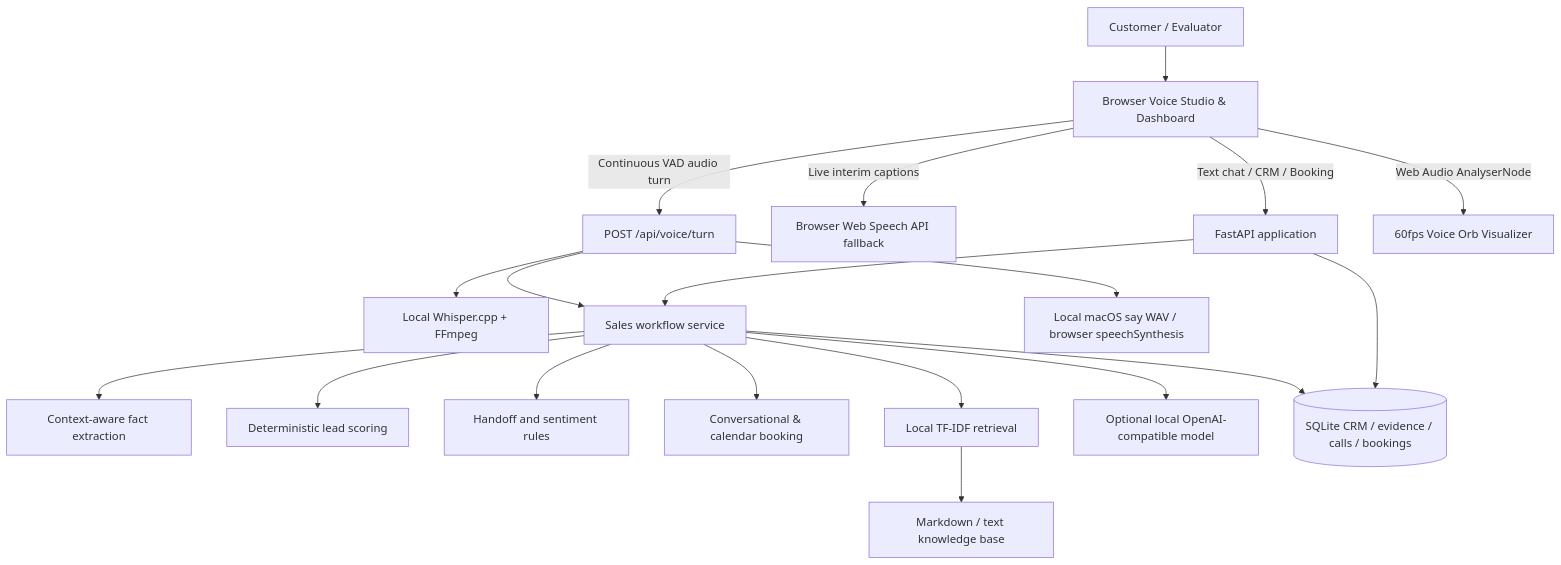
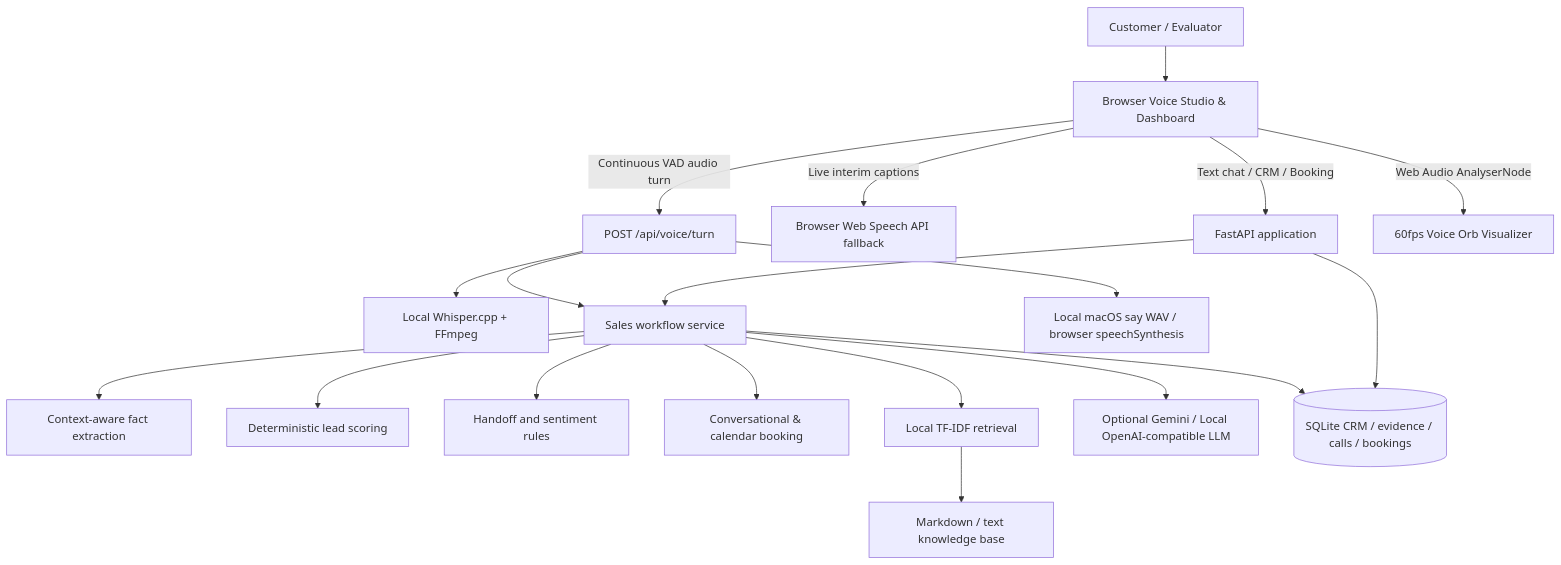
Before and after one commit to aadity-dev/Sales-pilot---AI: the diagram in docs/architecture.md, drawn with Mermaid. The commit also changed other lines of this file and 13 other files, not shown here.

Commit message:
Add Google Gemini 2.5 Flash conversational LLM integration and UI config modal

````diff
--- a/docs/architecture.md
+++ b/docs/architecture.md
@@ -5,21 +5,21 @@
 ```mermaid
 flowchart TD
     C[Customer / Evaluator] --> UI[Browser Voice Studio & Dashboard]
     UI -->|Continuous VAD audio turn| TURN[POST /api/voice/turn]
     UI -->|Live interim captions| BSTT[Browser Web Speech API fallback]
     UI -->|Text chat / CRM / Booking| API[FastAPI application]
     TURN --> STT[Local Whisper.cpp + FFmpeg]
     TURN --> AG[Sales workflow service]
     API --> AG
     AG --> EX[Context-aware fact extraction]
     AG --> SCORE[Deterministic lead scoring]
     AG --> HANDOFF[Handoff and sentiment rules]
     AG --> BOOK[Conversational & calendar booking]
     AG --> RAG[Local TF-IDF retrieval]
     RAG --> KB[Markdown / text knowledge base]
-    AG --> LLM[Optional local OpenAI-compatible model]
+    AG --> LLM[Optional Gemini / Local OpenAI-compatible LLM]
     TURN --> TTS[Local macOS say WAV / browser speechSynthesis]
     UI -->|Web Audio AnalyserNode| ORB[60fps Voice Orb Visualizer]
     AG --> DB[(SQLite CRM / evidence / calls / bookings)]
     API --> DB
 ```
````
